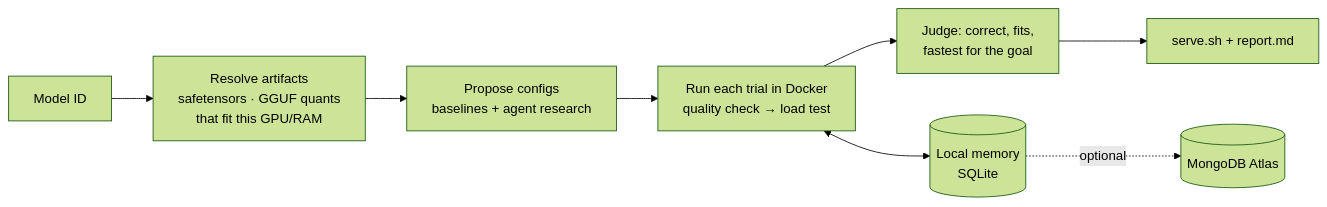
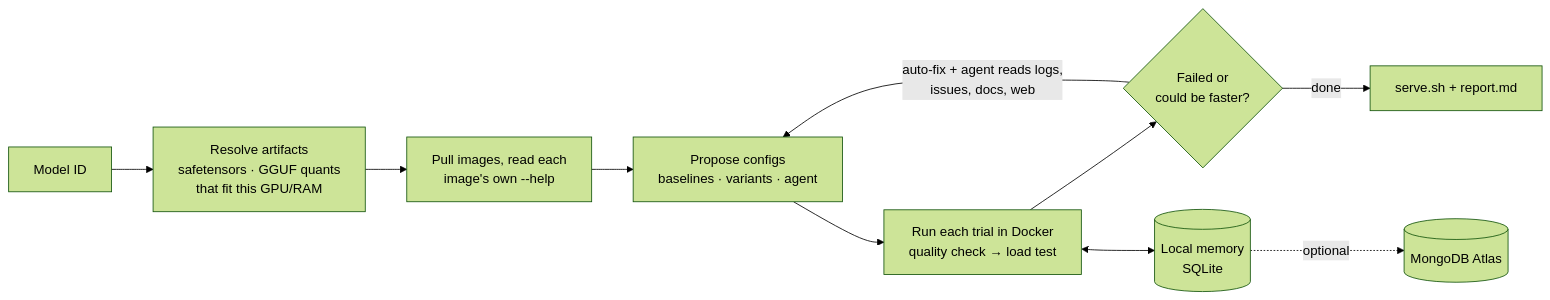
Before and after one commit to casualcomputer/atlas-gpu-harness: the diagram in README.md, drawn with Mermaid (forest theme). The commit also changed other lines of this file and 144 other files, not shown here.

First line of the commit message:
Production: drop hackathon code; read image --help; troubleshoot in rounds

````diff
--- a/README.md
+++ b/README.md
@@ -38,10 +38,12 @@
 ```mermaid
 flowchart LR
   M[Model ID] --> R[Resolve artifacts<br/>safetensors · GGUF quants<br/>that fit this GPU/RAM]
-  R --> P[Propose configs<br/>baselines + agent research]
+  R --> H[Pull images, read each<br/>image's own --help]
+  H --> P[Propose configs<br/>baselines · variants · agent]
   P --> T[Run each trial in Docker<br/>quality check → load test]
-  T --> J[Judge: correct, fits,<br/>fastest for the goal]
-  J --> S[serve.sh + report.md]
+  T --> D{Failed or<br/>could be faster?}
+  D -->|auto-fix + agent reads logs,<br/>issues, docs, web| P
+  D -->|done| S[serve.sh + report.md]
   T <--> DB[(Local memory<br/>SQLite)]
   DB -. optional .-> A[(MongoDB Atlas)]
 ```
````
